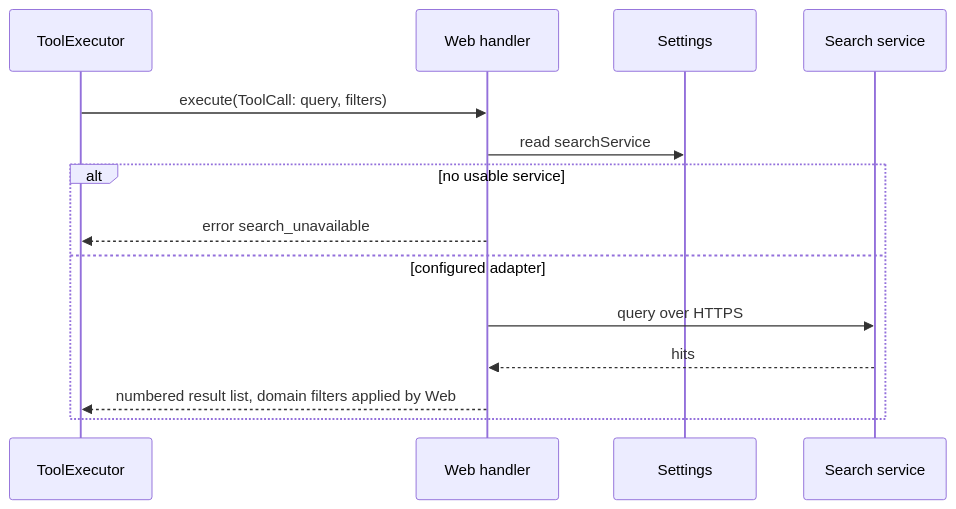
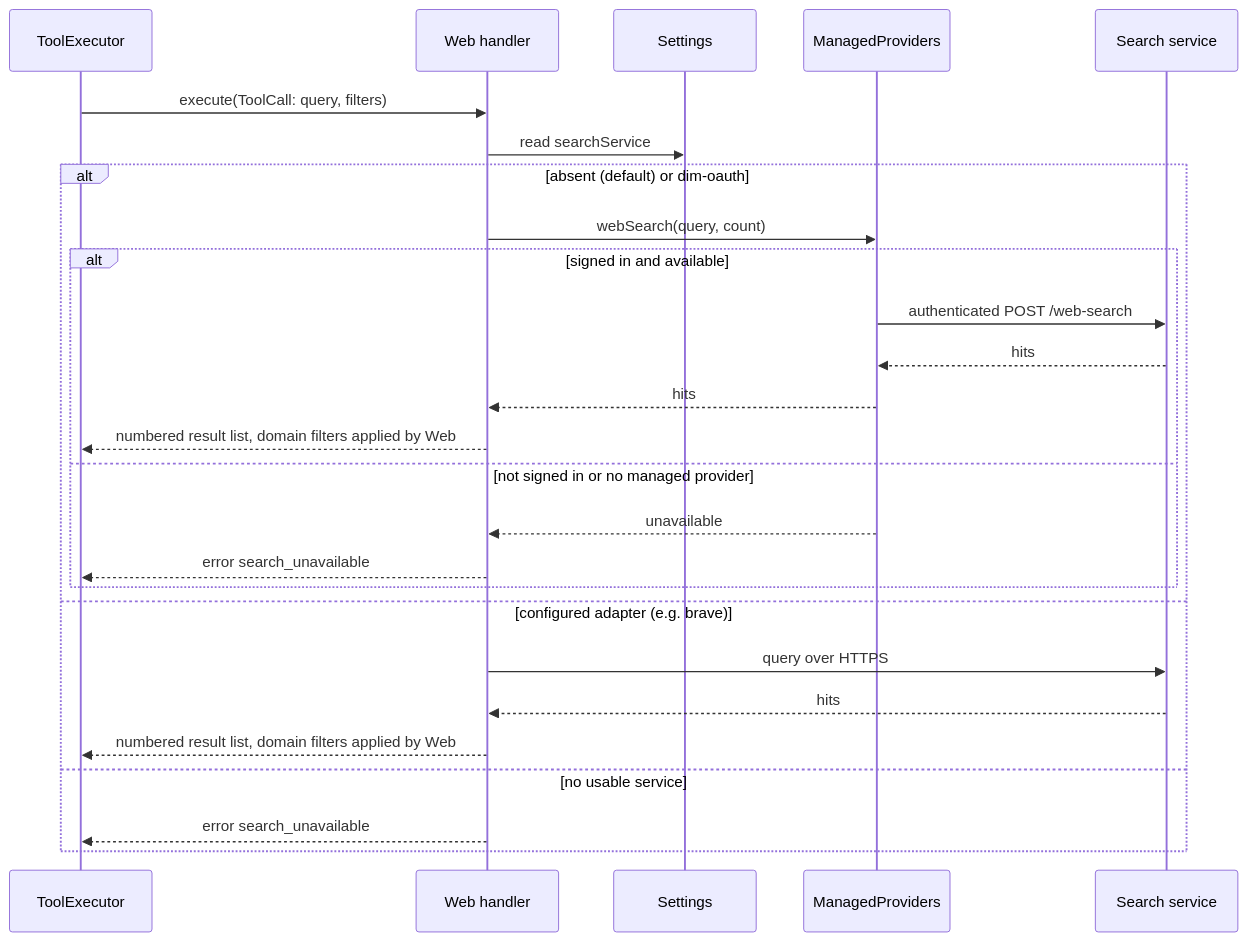
Before and after one commit to CoutinhoTTS/dim-agent: the fourth of 5 diagrams in docs/design/plugins/Web.md, drawn with Mermaid. The commit also changed other lines of this file and 44 other files, not shown here.

Commit message:
feat(web): migrate Web plugin to Rust and use Dim OAuth search by default

````diff
--- a/docs/design/plugins/Web.md
+++ b/docs/design/plugins/Web.md
@@ -93,16 +95,28 @@
 ```mermaid
 sequenceDiagram
   participant X as ToolExecutor
   participant W as Web handler
   participant S as Settings
+  participant M as ManagedProviders
   participant Q as Search service
   X->>W: execute(ToolCall: query, filters)
   W->>S: read searchService
-  alt no usable service
-    W-->>X: error search_unavailable
-  else configured adapter
+  alt absent (default) or dim-oauth
+    W->>M: webSearch(query, count)
+    alt signed in and available
+      M->>Q: authenticated POST /web-search
+      Q-->>M: hits
+      M-->>W: hits
+      W-->>X: numbered result list, domain filters applied by Web
+    else not signed in or no managed provider
+      M-->>W: unavailable
+      W-->>X: error search_unavailable
+    end
+  else configured adapter (e.g. brave)
     W->>Q: query over HTTPS
     Q-->>W: hits
     W-->>X: numbered result list, domain filters applied by Web
+  else no usable service
+    W-->>X: error search_unavailable
   end
 ```
````
